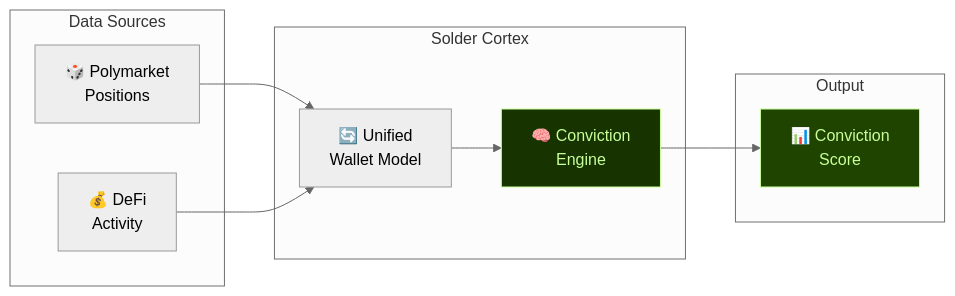
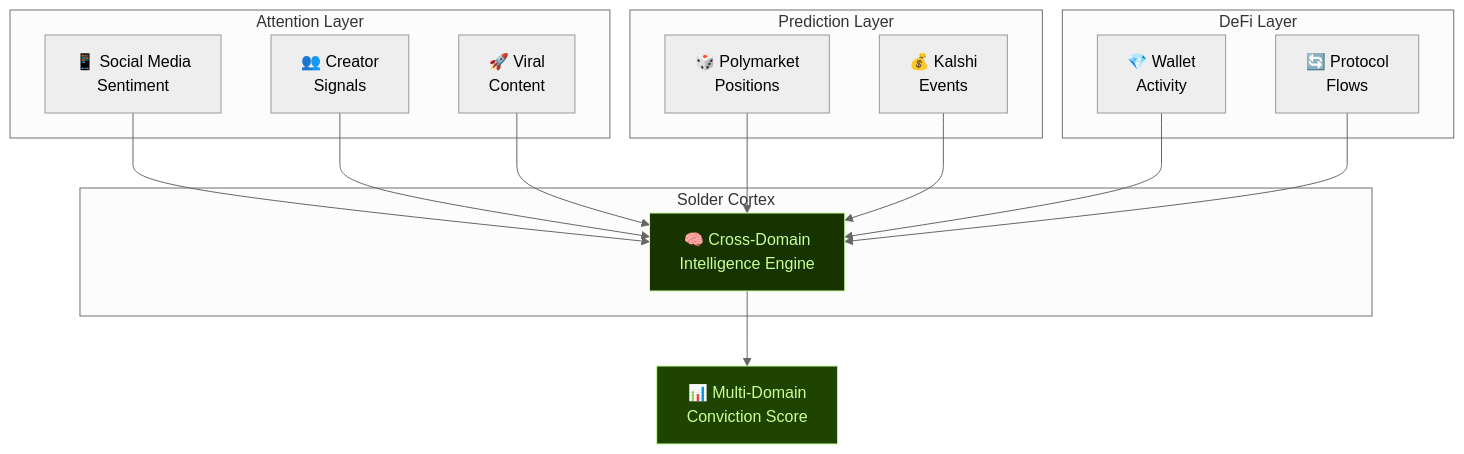
The diagram in docs/pitch/slides.md (metalmcclaw/solder-cortex), drawn with Mermaid (neutral theme) before and after one commit. The commit also changed other lines of this file and 69 other files, not shown here.

````diff
--- a/docs/pitch/slides.md
+++ b/docs/pitch/slides.md
@@ -157,24 +196,35 @@
-```mermaid {scale: 0.9}
-graph LR
-    subgraph "Data Sources"
-        A[🎲 Polymarket<br/>Positions]
-        B[💰 DeFi<br/>Activity]
+```mermaid {scale: 0.8}
+graph TD
+    subgraph "Attention Layer"
+        A1[📱 Social Media<br/>Sentiment]
+        A2[👥 Creator<br/>Signals]
+        A3[🚀 Viral<br/>Content]
+    end
+    
+    subgraph "Prediction Layer"  
+        P1[🎲 Polymarket<br/>Positions]
+        P2[💰 Kalshi<br/>Events]
+    end
+    
+    subgraph "DeFi Layer"
+        D1[💎 Wallet<br/>Activity] 
+        D2[🔄 Protocol<br/>Flows]
     end
     
     subgraph "Solder Cortex"
-        C[🔄 Unified<br/>Wallet Model]
-        D[🧠 Conviction<br/>Engine]
+        C[🧠 Cross-Domain<br/>Intelligence Engine]
     end
     
-    subgraph "Output"
-        E[📊 Conviction<br/>Score]
-    end
+    A1 --> C
+    A2 --> C
+    A3 --> C
+    P1 --> C
+    P2 --> C
+    D1 --> C
+    D2 --> C
     
-    A --> C
-    B --> C
-    C --> D
-    D --> E
+    C --> E[📊 Multi-Domain<br/>Conviction Score]
     
-    style D fill:#163300,stroke:#C9FF99,color:#C9FF99
+    style C fill:#163300,stroke:#C9FF99,color:#C9FF99
     style E fill:#1e4400,stroke:#C9FF99,color:#C9FF99
 ```
````
